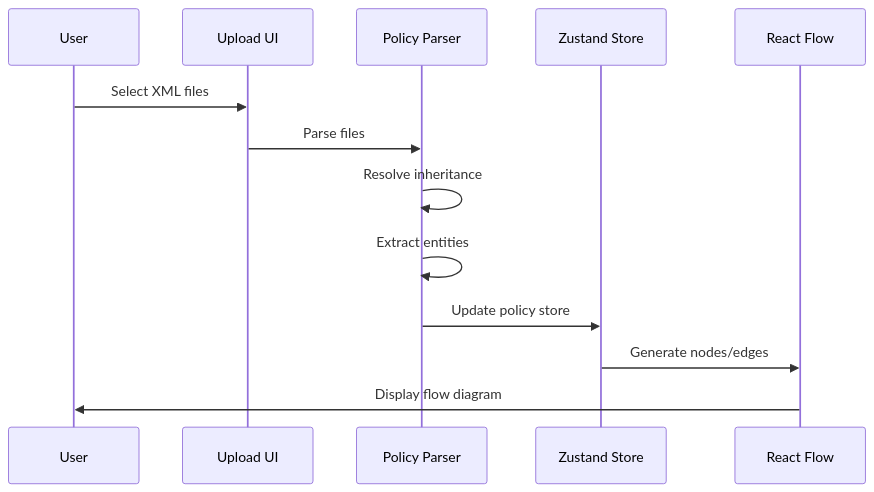
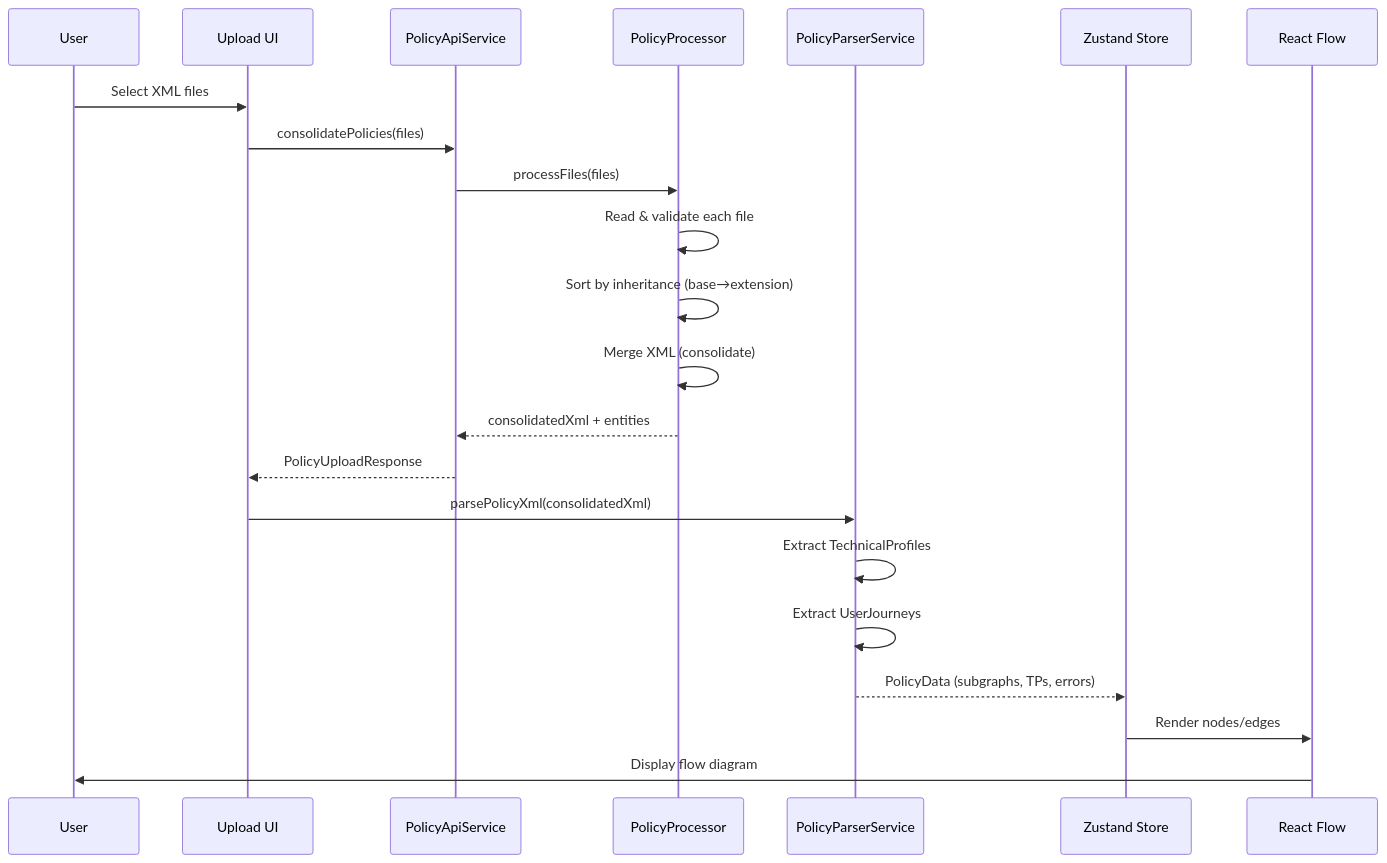
The fifth of 6 diagrams in docs/ARCHITECTURE.md (kwilcz/TraceFlow-IEF), drawn with Mermaid before and after one commit. The commit also changed other lines of this file and 53 other files, not shown here.

````diff
--- a/docs/ARCHITECTURE.md
+++ b/docs/ARCHITECTURE.md
@@ -182,16 +215,25 @@
 ```mermaid
 sequenceDiagram
     participant User
     participant UI as Upload UI
-    participant Parser as Policy Parser
+    participant API as PolicyApiService
+    participant Processor as PolicyProcessor
+    participant Parser as PolicyParserService
     participant Store as Zustand Store
     participant Flow as React Flow
 
     User->>UI: Select XML files
-    UI->>Parser: Parse files
-    Parser->>Parser: Resolve inheritance
-    Parser->>Parser: Extract entities
-    Parser->>Store: Update policy store
-    Store->>Flow: Generate nodes/edges
+    UI->>API: consolidatePolicies(files)
+    API->>Processor: processFiles(files)
+    Processor->>Processor: Read & validate each file
+    Processor->>Processor: Sort by inheritance (base→extension)
+    Processor->>Processor: Merge XML (consolidate)
+    Processor-->>API: consolidatedXml + entities
+    API-->>UI: PolicyUploadResponse
+    UI->>Parser: parsePolicyXml(consolidatedXml)
+    Parser->>Parser: Extract TechnicalProfiles
+    Parser->>Parser: Extract UserJourneys
+    Parser-->>Store: PolicyData (subgraphs, TPs, errors)
+    Store->>Flow: Render nodes/edges
     Flow->>User: Display flow diagram
 ```
````
